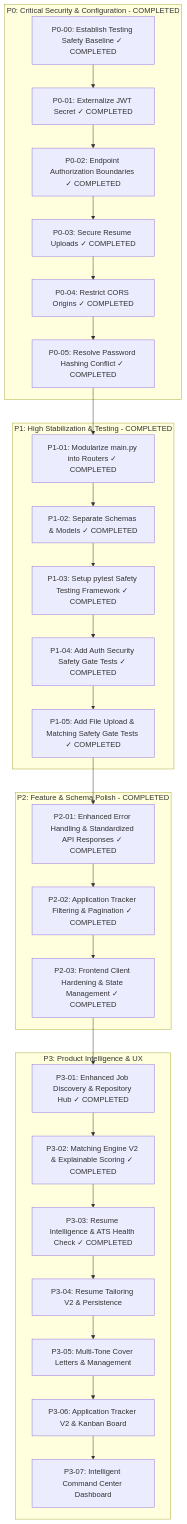
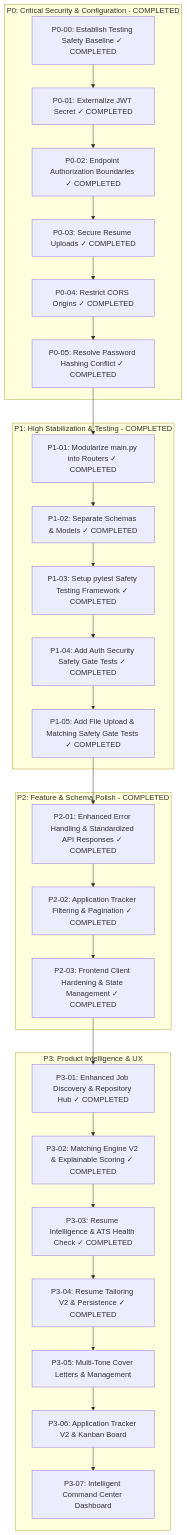
One commit to AlvinMutie/Job-seer changed the diagram in docs/ROADMAP.md. Above: the diagram before and after it, drawn with Mermaid. The commit also changed other lines of this file and 54 other files, not shown here.

Commit message:
feat: implement resume tailoring persistence, CRUD endpoints, and a new diff viewer component.

````diff
--- a/docs/ROADMAP.md
+++ b/docs/ROADMAP.md
@@ -9,37 +9,37 @@
 ```mermaid
 flowchart TD
     subgraph P0 [P0: Critical Security & Configuration - COMPLETED]
         P0-00[P0-00: Establish Testing Safety Baseline ✓ COMPLETED]
         P0-01[P0-01: Externalize JWT Secret ✓ COMPLETED]
         P0-02[P0-02: Endpoint Authorization Boundaries ✓ COMPLETED]
         P0-03[P0-03: Secure Resume Uploads ✓ COMPLETED]
         P0-04[P0-04: Restrict CORS Origins ✓ COMPLETED]
         P0-05[P0-05: Resolve Password Hashing Conflict ✓ COMPLETED]
     end
 
     subgraph P1 [P1: High Stabilization & Testing - COMPLETED]
         P1-01[P1-01: Modularize main.py into Routers ✓ COMPLETED]
         P1-02[P1-02: Separate Schemas & Models ✓ COMPLETED]
         P1-03[P1-03: Setup pytest Safety Testing Framework ✓ COMPLETED]
         P1-04[P1-04: Add Auth Security Safety Gate Tests ✓ COMPLETED]
         P1-05[P1-05: Add File Upload & Matching Safety Gate Tests ✓ COMPLETED]
     end
 
     subgraph P2 [P2: Feature & Schema Polish - COMPLETED]
         P2-01[P2-01: Enhanced Error Handling & Standardized API Responses ✓ COMPLETED]
         P2-02[P2-02: Application Tracker Filtering & Pagination ✓ COMPLETED]
         P2-03[P2-03: Frontend Client Hardening & State Management ✓ COMPLETED]
     end
 
     subgraph P3 [P3: Product Intelligence & UX]
         P3-01[P3-01: Enhanced Job Discovery & Repository Hub ✓ COMPLETED]
         P3-02[P3-02: Matching Engine V2 & Explainable Scoring ✓ COMPLETED]
         P3-03[P3-03: Resume Intelligence & ATS Health Check ✓ COMPLETED]
-        P3-04[P3-04: Resume Tailoring V2 & Persistence]
+        P3-04[P3-04: Resume Tailoring V2 & Persistence ✓ COMPLETED]
         P3-05[P3-05: Multi-Tone Cover Letters & Management]
         P3-06[P3-06: Application Tracker V2 & Kanban Board]
         P3-07[P3-07: Intelligent Command Center Dashboard]
     end
 
     P0-00 --> P0-01 --> P0-02 --> P0-03 --> P0-04 --> P0-05 --> P1-01 --> P1-02 --> P1-03 --> P1-04 --> P1-05 --> P2-01 --> P2-02 --> P2-03 --> P3-01 --> P3-02 --> P3-03 --> P3-04 --> P3-05 --> P3-06 --> P3-07
 ```
````
